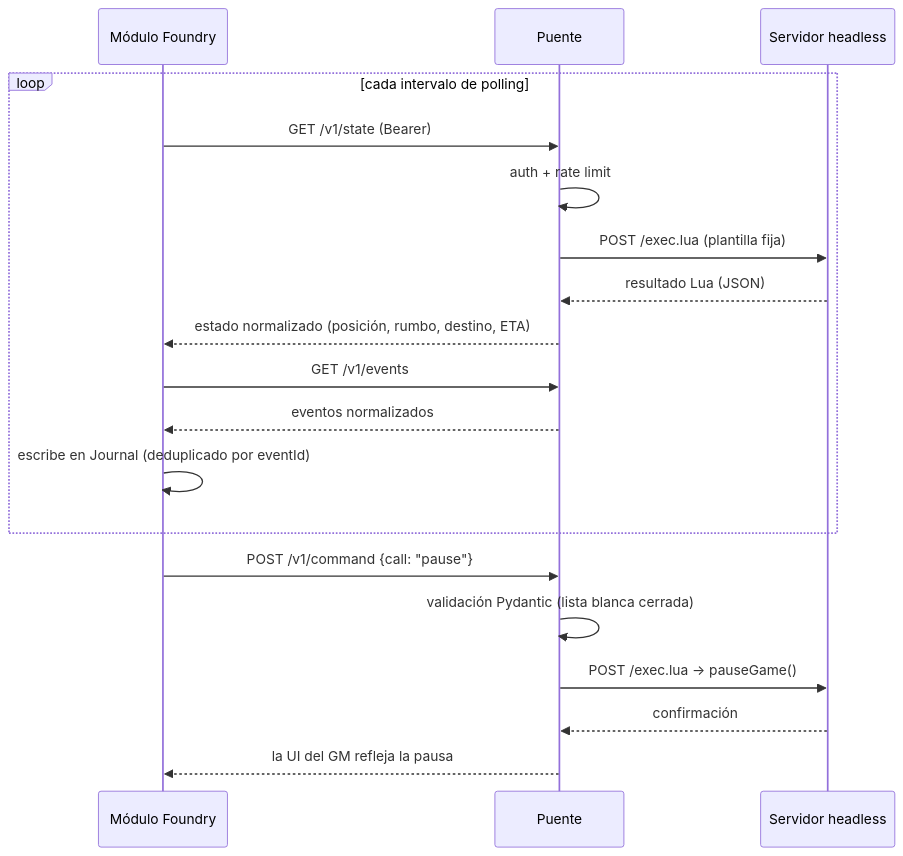
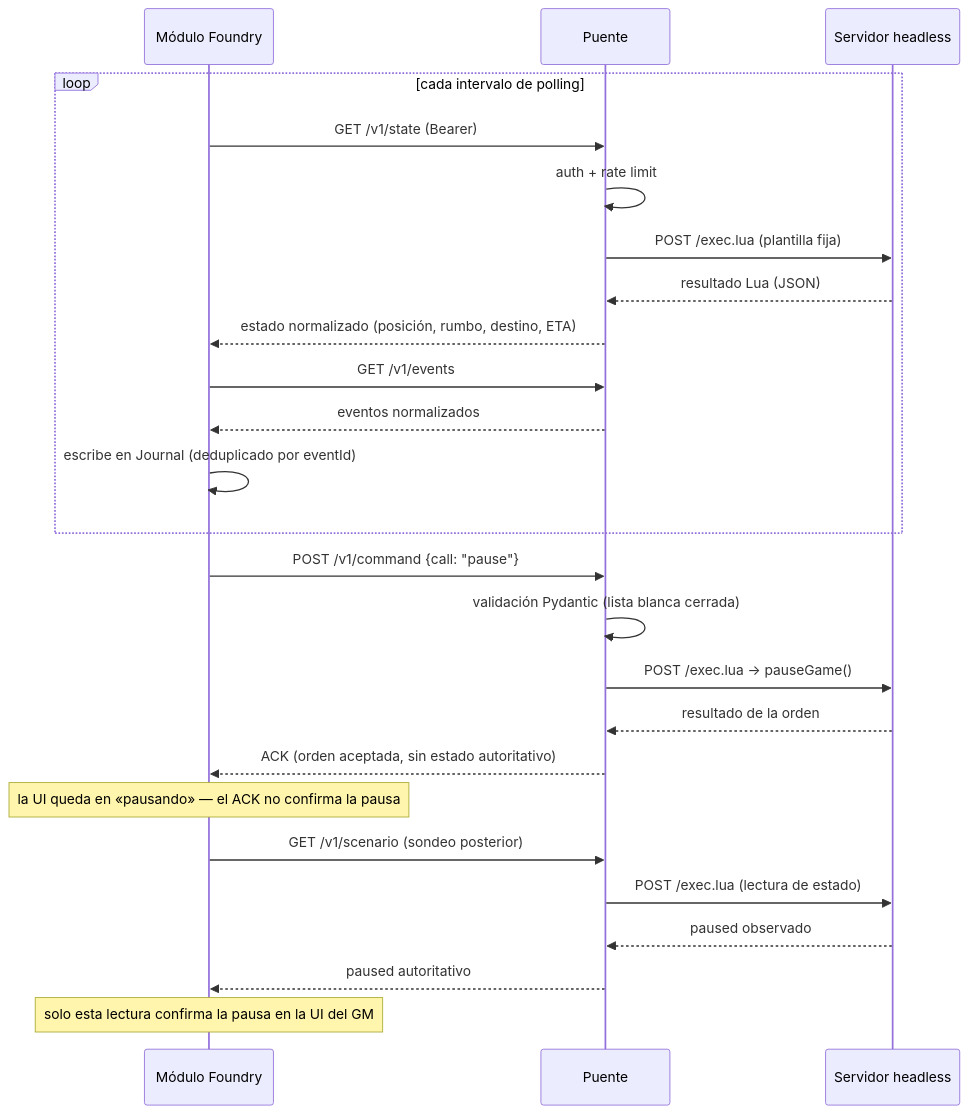
One commit to EspacioKoop/espaciokooplagunak changed the fourth of 4 diagrams in docs/ARQUITECTURA.md. Above: the diagram before and after it, drawn with Mermaid. The commit also changed 1 other file, not shown here.

Commit message:
docs: separar el ACK de /v1/command de la lectura autoritativa de /v1/scenario
En Mermaid y draw.io la secuencia terminaba en «confirmación → la UI
del GM refleja la pausa», fijando como válido el mismo cruce de capas
corregido en #144. Ahora el ACK solo indica orden aceptada y la UI
queda en «pausando»; un sondeo posterior de /v1/scenario aporta el
paused observado, única lectura que confirma la pausa.

````diff
--- a/docs/ARQUITECTURA.md
+++ b/docs/ARQUITECTURA.md
@@ -110,23 +110,29 @@
 ```mermaid
 sequenceDiagram
     participant F as Módulo Foundry
     participant B as Puente
     participant G as Servidor headless
 
     loop cada intervalo de polling
         F->>B: GET /v1/state (Bearer)
         B->>B: auth + rate limit
         B->>G: POST /exec.lua (plantilla fija)
         G-->>B: resultado Lua (JSON)
         B-->>F: estado normalizado (posición, rumbo, destino, ETA)
         F->>B: GET /v1/events
         B-->>F: eventos normalizados
         F->>F: escribe en Journal (deduplicado por eventId)
     end
 
     F->>B: POST /v1/command {call: "pause"}
     B->>B: validación Pydantic (lista blanca cerrada)
     B->>G: POST /exec.lua → pauseGame()
-    G-->>B: confirmación
-    B-->>F: la UI del GM refleja la pausa
+    G-->>B: resultado de la orden
+    B-->>F: ACK (orden aceptada, sin estado autoritativo)
+    Note over F: la UI queda en «pausando» — el ACK no confirma la pausa
+    F->>B: GET /v1/scenario (sondeo posterior)
+    B->>G: POST /exec.lua (lectura de estado)
+    G-->>B: paused observado
+    B-->>F: paused autoritativo
+    Note over F: solo esta lectura confirma la pausa en la UI del GM
 ```
````
